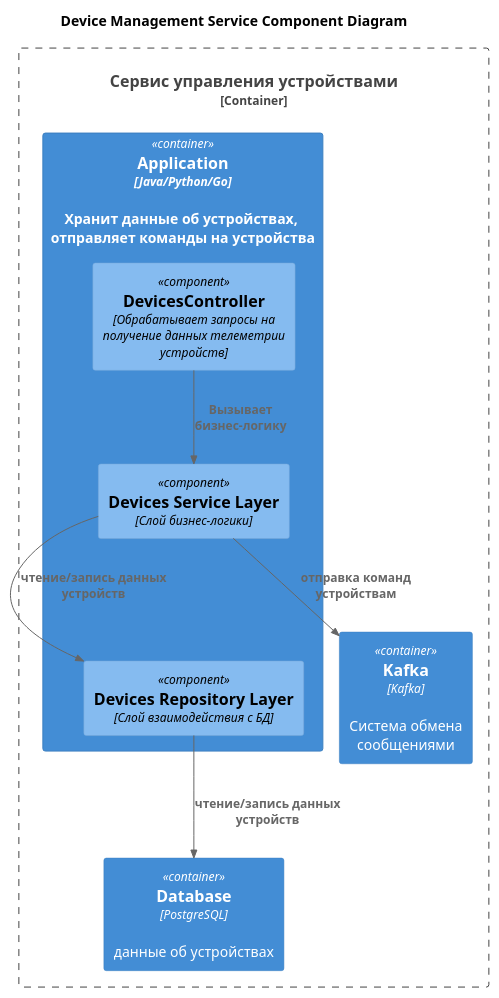
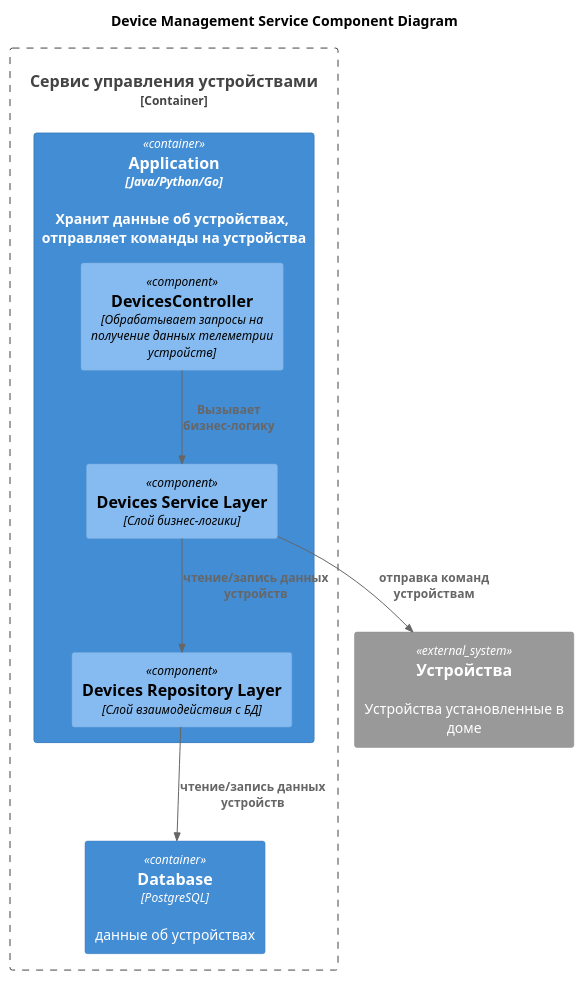
Before and after one commit to wiky-avis/architecture-sprint-3: the diagram in docs/diagrams/to_be/component/DeviceManagementService_Component.puml, drawn with PlantUML. The commit also changed 8 other files, not shown here.

```diff
--- a/docs/diagrams/to_be/component/DeviceManagementService_Component.puml
+++ b/docs/diagrams/to_be/component/DeviceManagementService_Component.puml
@@ -1,24 +1,24 @@
 @startuml
 title Device Management Service Component Diagram
 
 top to bottom direction
 
 !includeurl https://raw.githubusercontent.com/RicardoNiepel/C4-PlantUML/master/C4_Component.puml
 
 Container_Boundary(DeviceManagementService, "Сервис управления устройствами") {
   Container(App, "Application", "Java/Python/Go", "Хранит данные об устройствах, \nотправляет команды на устройства")
   Container(Database, "Database", "PostgreSQL", "данные об устройствах")
-  Container(Kafka, "Kafka", "Kafka", "Система обмена сообщениями")
 }
+System_Ext(devices, "Устройства", "Устройства установленные в доме")
 
 Container(App, "Application", "Java, Spring") {
   Component(DevicesController, "DevicesController", "Обрабатывает запросы на получение данных телеметрии устройств")
   Component(ServiceLayer, "Devices Service Layer", "Слой бизнес-логики")
   Component(RepositoryLayer, "Devices Repository Layer", "Слой взаимодействия с БД")
 }
 
 Rel(DevicesController,ServiceLayer,"Вызывает бизнес-логику")
 Rel(ServiceLayer,RepositoryLayer,"чтение/запись данных устройств")
 Rel(RepositoryLayer,Database,"чтение/запись данных устройств")
-Rel(ServiceLayer,Kafka,"отправка команд устройствам")
+Rel(ServiceLayer,devices,"отправка команд устройствам")
 @enduml
```
